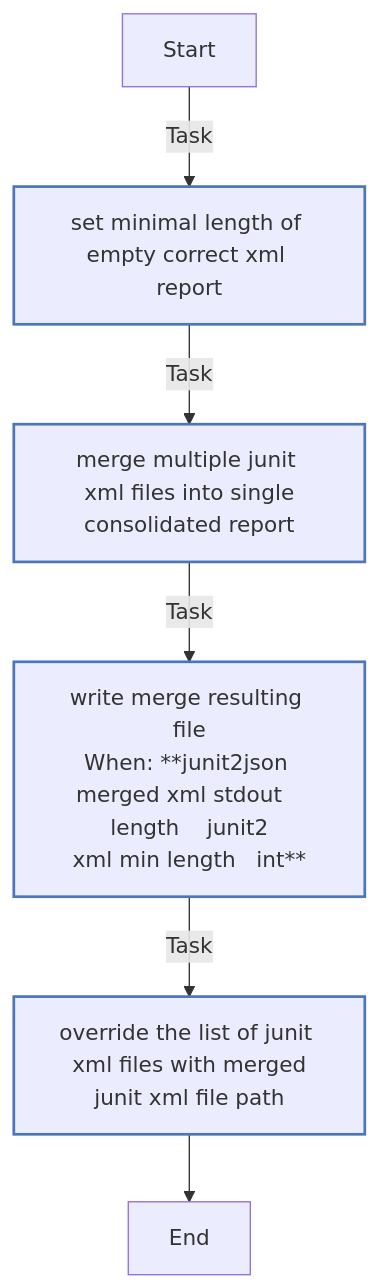
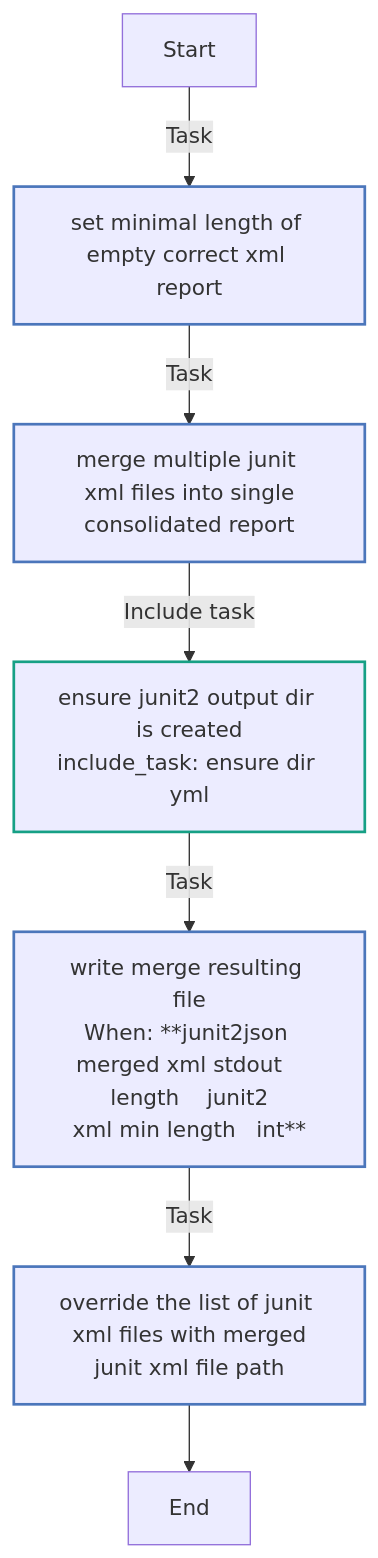
Before and after one commit to redhatci/ansible-collection-redhatci-ocp: the third of 7 diagrams in roles/junit2json/README.md, drawn with Mermaid. The commit also changed other lines of this file and 13 other files, not shown here.

First line of the commit message:
update role `redhatci.ocp.junit2json`

````diff
--- a/roles/junit2json/README.md
+++ b/roles/junit2json/README.md
@@ -231,18 +192,19 @@
 ```mermaid
 flowchart TD
 Start
 classDef block stroke:#3498db,stroke-width:2px;
 classDef task stroke:#4b76bb,stroke-width:2px;
 classDef includeTasks stroke:#16a085,stroke-width:2px;
 classDef importTasks stroke:#34495e,stroke-width:2px;
 classDef includeRole stroke:#2980b9,stroke-width:2px;
 classDef importRole stroke:#699ba7,stroke-width:2px;
 classDef includeVars stroke:#8e44ad,stroke-width:2px;
 classDef rescue stroke:#665352,stroke-width:2px;
 
   Start-->|Task| Set_minimal_length_of_empty_correct_xml_report0[set minimal length of empty correct xml report]:::task
   Set_minimal_length_of_empty_correct_xml_report0-->|Task| Merge_multiple_JUnit_XML_files_into_single_consolidated_report1[merge multiple junit xml files into single<br>consolidated report]:::task
-  Merge_multiple_JUnit_XML_files_into_single_consolidated_report1-->|Task| Write_merge_resulting_file2[write merge resulting file<br>When: **junit2json merged xml stdout   length    junit2<br>xml min length   int**]:::task
-  Write_merge_resulting_file2-->|Task| Override_the_list_of_JUnit_XML_files_with_merged_JUnit_XML_file_path3[override the list of junit xml files with merged<br>junit xml file path]:::task
-  Override_the_list_of_JUnit_XML_files_with_merged_JUnit_XML_file_path3-->End
+  Merge_multiple_JUnit_XML_files_into_single_consolidated_report1-->|Include task| ensure_dir_yml2[ensure junit2 output dir is created<br>include_task: ensure dir yml]:::includeTasks
+  ensure_dir_yml2-->|Task| Write_merge_resulting_file3[write merge resulting file<br>When: **junit2json merged xml stdout   length    junit2<br>xml min length   int**]:::task
+  Write_merge_resulting_file3-->|Task| Override_the_list_of_JUnit_XML_files_with_merged_JUnit_XML_file_path4[override the list of junit xml files with merged<br>junit xml file path]:::task
+  Override_the_list_of_JUnit_XML_files_with_merged_JUnit_XML_file_path4-->End
 ```
````
